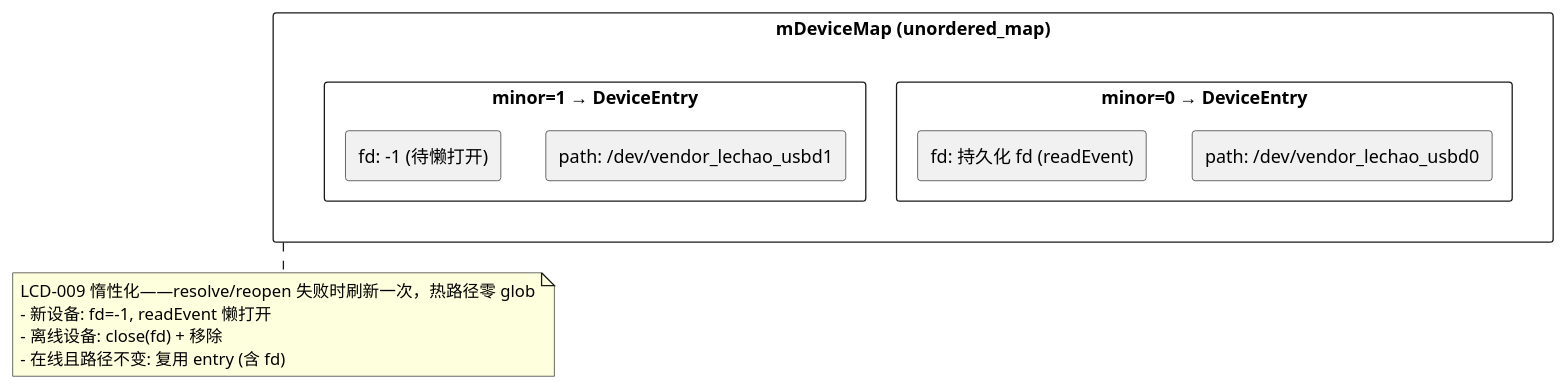
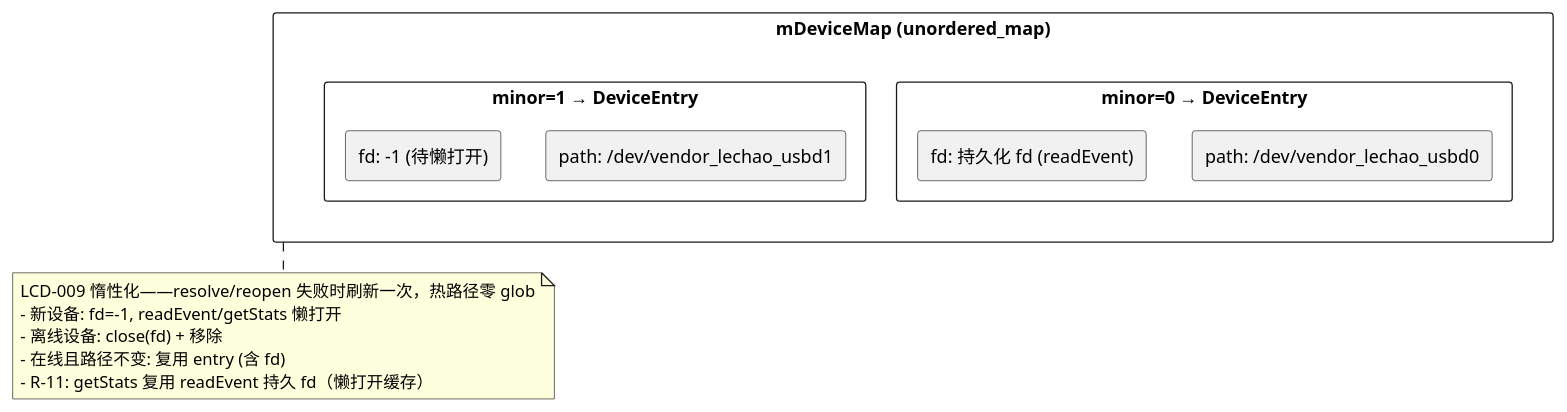
The sixth of 13 diagrams in docs/02-IO增强/02.02-HAL增强-lciod-hal.md (lechao365/AndroidSystemEnhance), drawn with PlantUML before and after one commit. The commit also changed other lines of this file and 146 other files, not shown here.

````diff
--- a/docs/02-IO增强/02.02-HAL增强-lciod-hal.md
+++ b/docs/02-IO增强/02.02-HAL增强-lciod-hal.md
@@ -276,15 +276,15 @@
 ```plantuml
 @startuml
 rectangle "mDeviceMap (unordered_map)" as MAP {
     rectangle "minor=0 → DeviceEntry" as E0 {
         rectangle "path: /dev/vendor_lechao_usbd0" as P0
         rectangle "fd: 持久化 fd (readEvent)" as F0
     }
     rectangle "minor=1 → DeviceEntry" as E1 {
         rectangle "path: /dev/vendor_lechao_usbd1" as P1
         rectangle "fd: -1 (待懒打开)" as F1
     }
 }
-note bottom of MAP: LCD-009 惰性化——resolve/reopen 失败时刷新一次，热路径零 glob\n- 新设备: fd=-1, readEvent 懒打开\n- 离线设备: close(fd) + 移除\n- 在线且路径不变: 复用 entry (含 fd)
+note bottom of MAP: LCD-009 惰性化——resolve/reopen 失败时刷新一次，热路径零 glob\n- 新设备: fd=-1, readEvent/getStats 懒打开\n- 离线设备: close(fd) + 移除\n- 在线且路径不变: 复用 entry (含 fd)\n- R-11: getStats 复用 readEvent 持久 fd（懒打开缓存）
 @enduml
 ```
````
